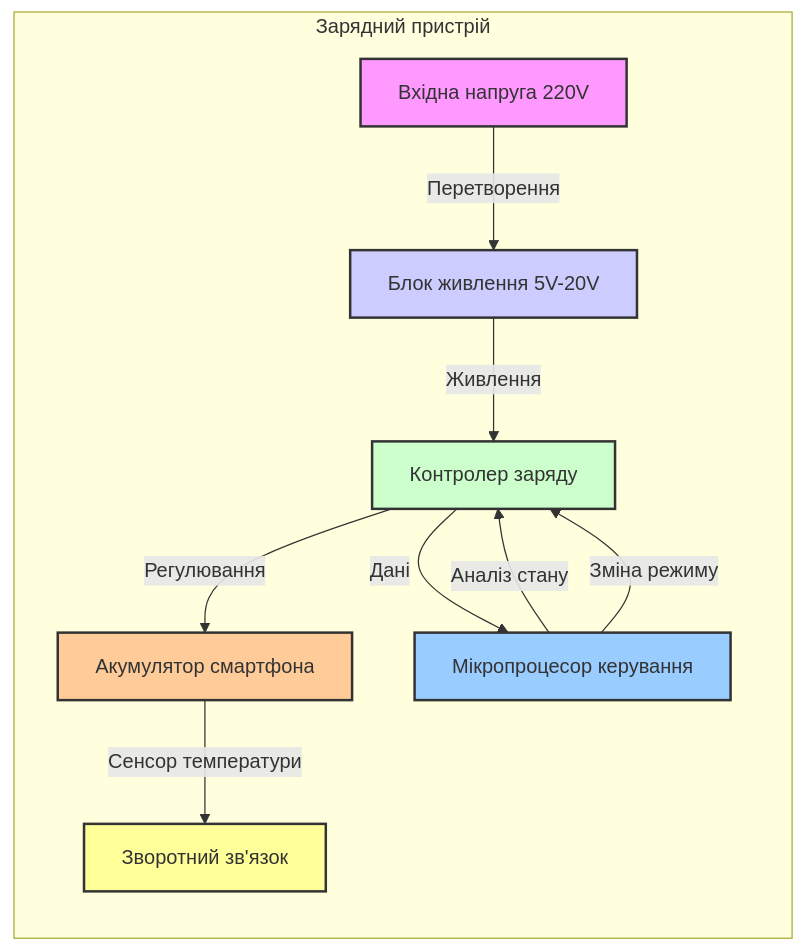
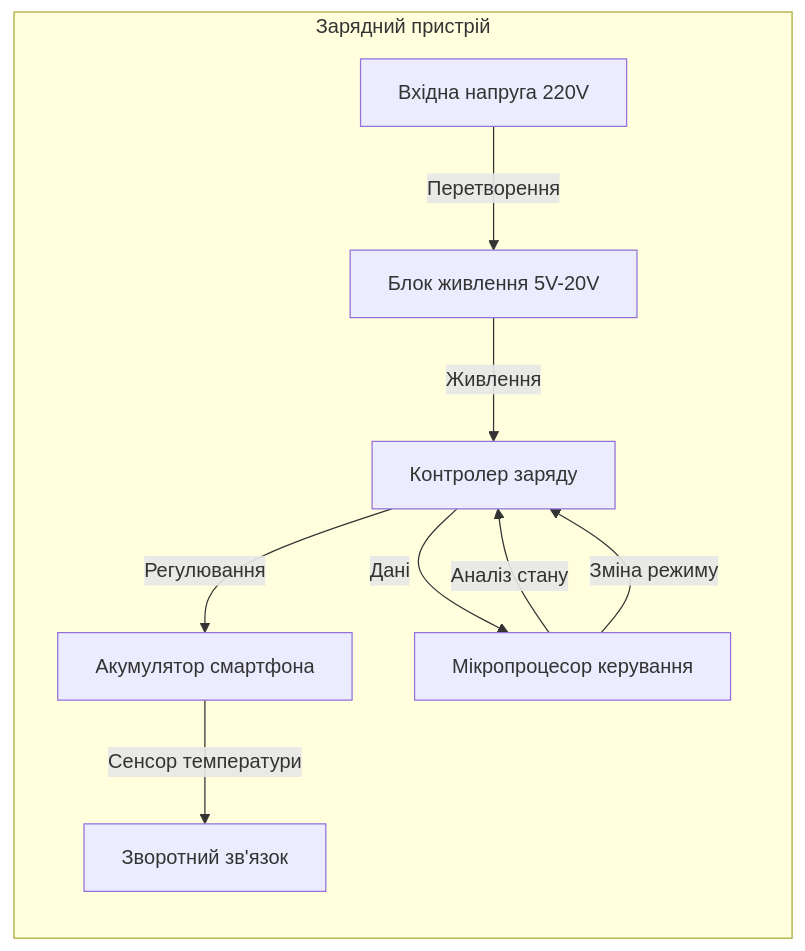
Before and after one commit to Bogd-an/psa: the second of 2 diagrams in 1/ПР1.md, drawn with Mermaid. The commit also changed other lines of this file and 1 other file, not shown here.

````diff
--- a/1/ПР1.md
+++ b/1/ПР1.md
@@ -58,20 +57,12 @@
 ```mermaid
 flowchart LR
   subgraph Зарядний пристрій
     A1[Вхідна напруга 220V] -->|Перетворення| B1[Блок живлення 5V-20V]
     B1 -->|Живлення| C1[Контролер заряду]
     C1 -->|Регулювання| D1[Акумулятор смартфона]
     D1 -->|Сенсор температури| E1[Зворотний зв'язок]
     C1 -->|Дані| F1[Мікропроцесор керування]
     F1 -->|Аналіз стану| C1
     F1 -->|Зміна режиму| C1
   end
-  style A1 fill:#f9f,stroke:#333,stroke-width:2px;
-  style B1 fill:#ccf,stroke:#333,stroke-width:2px;
-  style C1 fill:#cfc,stroke:#333,stroke-width:2px;
-  style D1 fill:#fc9,stroke:#333,stroke-width:2px;
-  style E1 fill:#ff9,stroke:#333,stroke-width:2px;
-  style F1 fill:#9cf,stroke:#333,stroke-width:2px;
-
-
 ```
````
